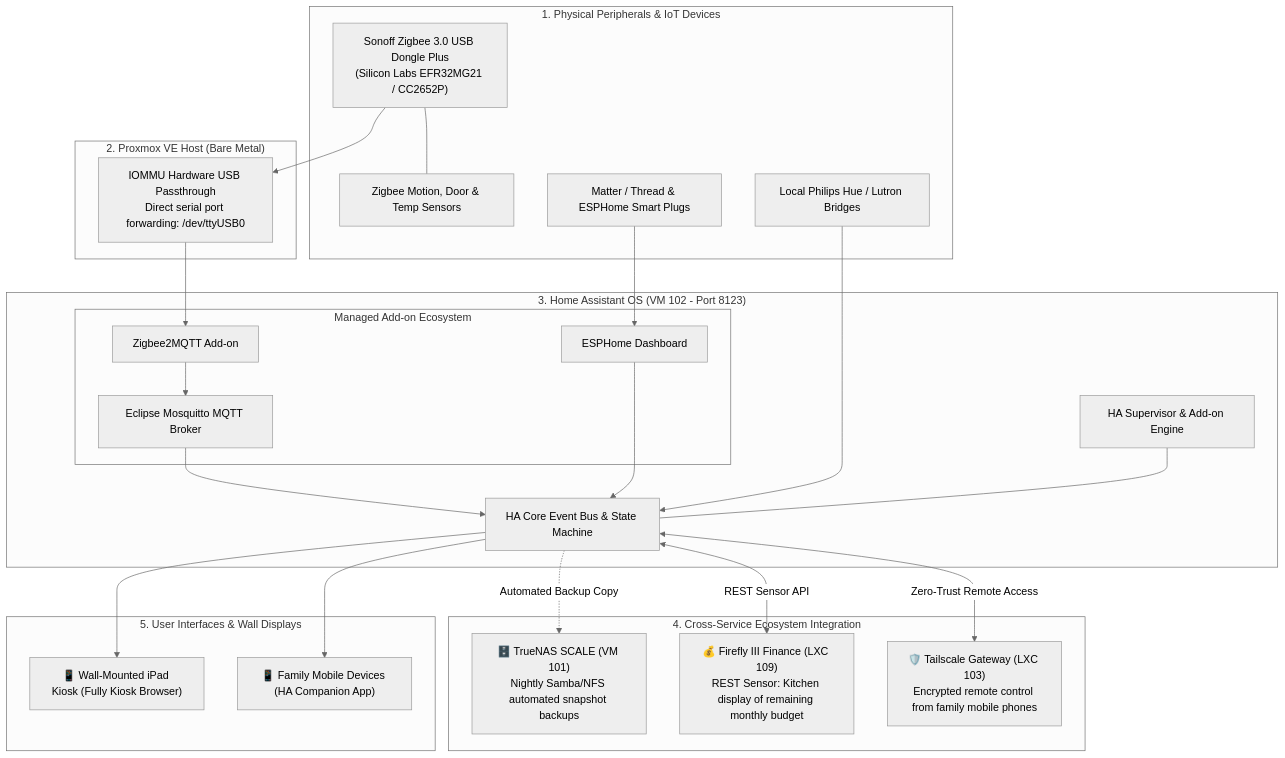
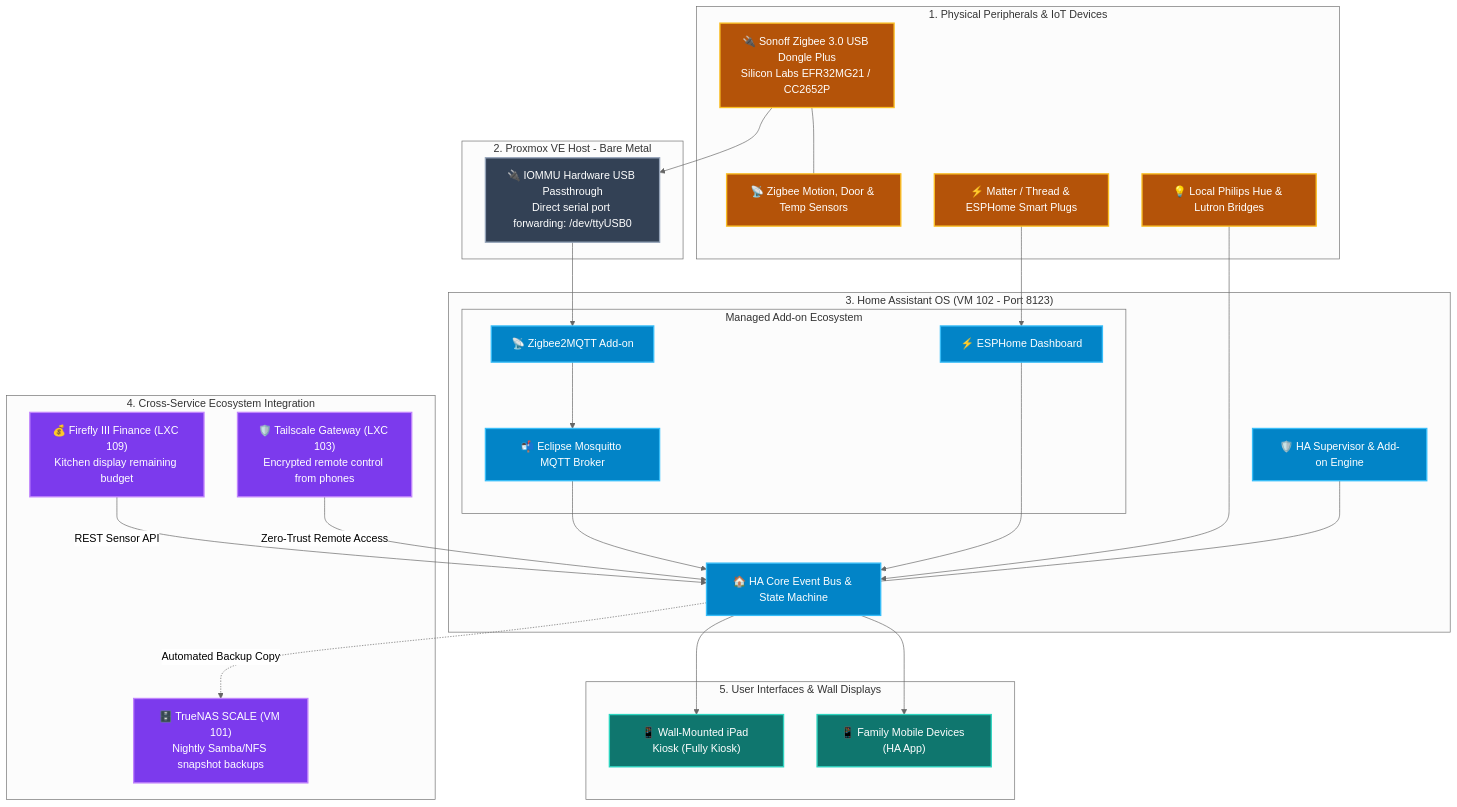
The diagram in services/home-assistant/README.md (nishilshah/homelab-blueprints), drawn with Mermaid (neutral theme) before and after one commit. The commit also changed 14 other files, not shown here.

Commit message:
fix(docs): resolve GitHub Mermaid rendering errors and add vibrant color themes across all diagrams

````diff
--- a/services/home-assistant/README.md
+++ b/services/home-assistant/README.md
@@ -26,50 +26,59 @@
 ```mermaid
 flowchart TD
+    classDef iot fill:#b45309,stroke:#fbbf24,stroke-width:2px,color:#ffffff;
+    classDef host fill:#334155,stroke:#94a3b8,stroke-width:2px,color:#ffffff;
+    classDef haos fill:#0284c7,stroke:#38bdf8,stroke-width:2px,color:#ffffff;
+    classDef link fill:#7c3aed,stroke:#c084fc,stroke-width:2px,color:#ffffff;
+    classDef ui fill:#0f766e,stroke:#2dd4bf,stroke-width:2px,color:#ffffff;
+
     subgraph PhysicalPeripherals ["1. Physical Peripherals & IoT Devices"]
-        ZigbeeUSB["Sonoff Zigbee 3.0 USB Dongle Plus<br/>(Silicon Labs EFR32MG21 / CC2652P)"]
-        Sensors["Zigbee Motion, Door & Temp Sensors"]
-        Plugs["Matter / Thread & ESPHome Smart Plugs"]
-        Lights["Local Philips Hue / Lutron Bridges"]
+        ZigbeeUSB["🔌 Sonoff Zigbee 3.0 USB Dongle Plus<br/>Silicon Labs EFR32MG21 / CC2652P"]:::iot
+        Sensors["📡 Zigbee Motion, Door & Temp Sensors"]:::iot
+        Plugs["⚡ Matter / Thread & ESPHome Smart Plugs"]:::iot
+        Lights["💡 Local Philips Hue & Lutron Bridges"]:::iot
         
         ZigbeeUSB --- Sensors
     end
 
-    subgraph HostHypervisor ["2. Proxmox VE Host (Bare Metal)"]
-        USBPass["IOMMU Hardware USB Passthrough<br/>Direct serial port forwarding: /dev/ttyUSB0"]
+    subgraph HostHypervisor ["2. Proxmox VE Host - Bare Metal"]
+        USBPass["🔌 IOMMU Hardware USB Passthrough<br/>Direct serial port forwarding: /dev/ttyUSB0"]:::host
         ZigbeeUSB --> USBPass
     end
 
     subgraph HAOS_VM ["3. Home Assistant OS (VM 102 - Port 8123)"]
-        CoreEngine["HA Core Event Bus & State Machine"]
-        Supervisor["HA Supervisor & Add-on Engine"]
+        CoreEngine["🏠 HA Core Event Bus & State Machine"]:::haos
+        Supervisor["🛡️ HA Supervisor & Add-on Engine"]:::haos
         
         subgraph ManagedAddons ["Managed Add-on Ecosystem"]
-            Z2M["Zigbee2MQTT Add-on"]
-            MQTT["Eclipse Mosquitto MQTT Broker"]
-            ESPHome["ESPHome Dashboard"]
+            Z2M["📡 Zigbee2MQTT Add-on"]:::haos
+            MQTT["📬 Eclipse Mosquitto MQTT Broker"]:::haos
+            ESPHome["⚡ ESPHome Dashboard"]:::haos
         end
         
-        USBPass --> Z2M --> MQTT --> CoreEngine
-        Plugs --> ESPHome --> CoreEngine
+        USBPass --> Z2M
+        Z2M --> MQTT
+        MQTT --> CoreEngine
+        Plugs --> ESPHome
+        ESPHome --> CoreEngine
         Lights --> CoreEngine
         Supervisor --- CoreEngine
     end
 
     subgraph CrossLinkage ["4. Cross-Service Ecosystem Integration"]
-        NAS["🗄️ TrueNAS SCALE (VM 101)<br/>Nightly Samba/NFS automated snapshot backups"]
-        FF["💰 Firefly III Finance (LXC 109)<br/>REST Sensor: Kitchen display of remaining monthly budget"]
-        Tailscale["🛡️ Tailscale Gateway (LXC 103)<br/>Encrypted remote control from family mobile phones"]
+        NAS["🗄️ TrueNAS SCALE (VM 101)<br/>Nightly Samba/NFS snapshot backups"]:::link
+        FF["💰 Firefly III Finance (LXC 109)<br/>Kitchen display remaining budget"]:::link
+        Tailscale["🛡️ Tailscale Gateway (LXC 103)<br/>Encrypted remote control from phones"]:::link
     end
 
     CoreEngine -.->|Automated Backup Copy| NAS
-    CoreEngine <-->|REST Sensor API| FF
-    CoreEngine <-->|Zero-Trust Remote Access| Tailscale
+    FF -->|REST Sensor API| CoreEngine
+    Tailscale -->|Zero-Trust Remote Access| CoreEngine
 
     subgraph ClientInterfaces ["5. User Interfaces & Wall Displays"]
-        Tablet["📱 Wall-Mounted iPad Kiosk (Fully Kiosk Browser)"]
-        Phones["📱 Family Mobile Devices (HA Companion App)"]
+        Tablet["📱 Wall-Mounted iPad Kiosk (Fully Kiosk)"]:::ui
+        Phones["📱 Family Mobile Devices (HA App)"]:::ui
     end
 
     CoreEngine --> Tablet
     CoreEngine --> Phones
 ```
````
